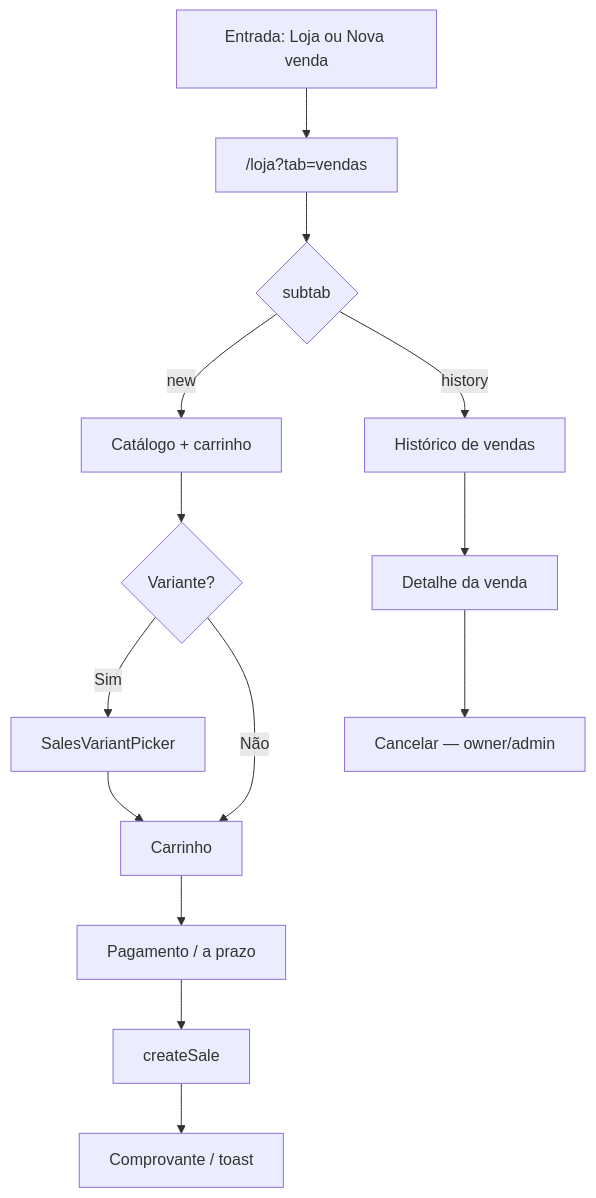
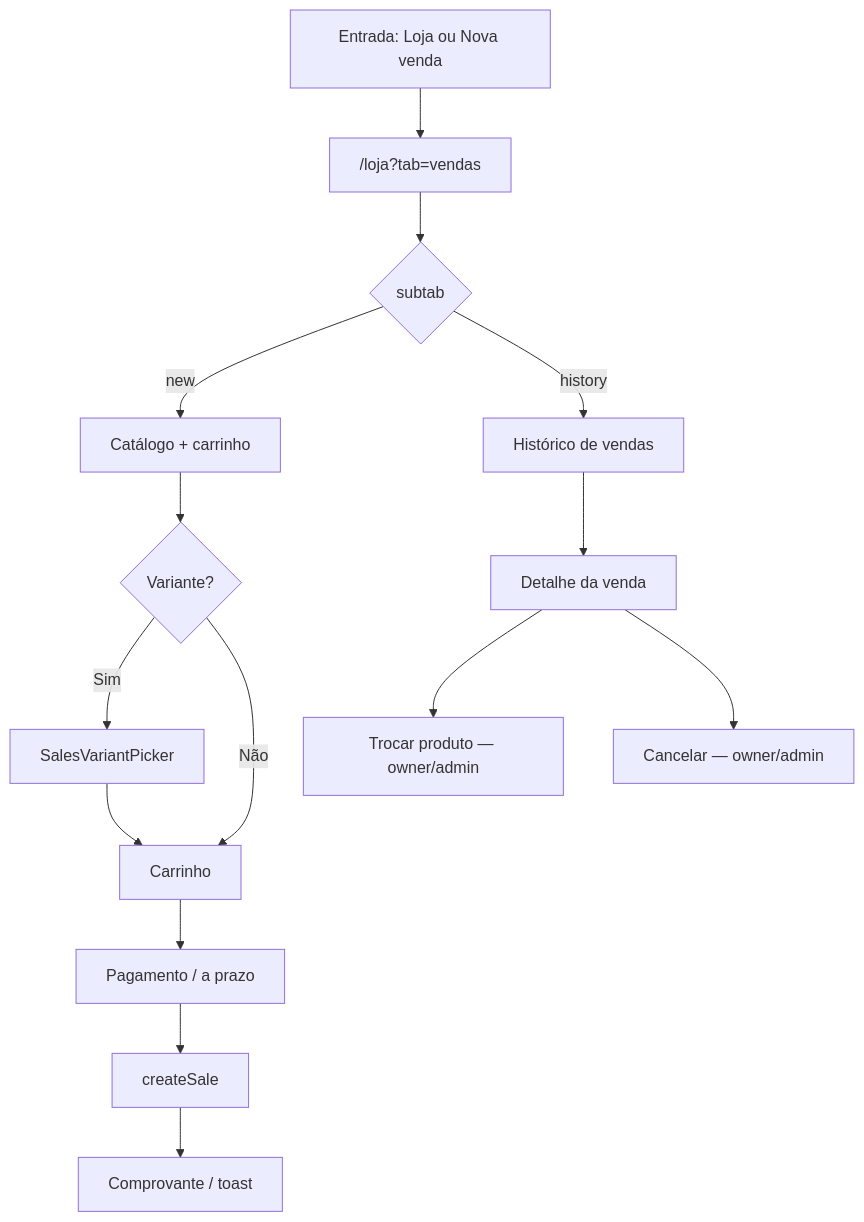
The diagram in docs/flows/vendas/pdv-nova-venda.md (brunaamaralp/bjj), drawn with Mermaid before and after one commit. The commit also changed other lines of this file and 9 other files, not shown here.

````diff
--- a/docs/flows/vendas/pdv-nova-venda.md
+++ b/docs/flows/vendas/pdv-nova-venda.md
@@ -32,16 +32,17 @@
 ```mermaid
 flowchart TD
   entry[Entrada: Loja ou Nova venda] --> hub["/loja?tab=vendas"]
   hub --> sub{subtab}
   sub -->|new| catalog[Catálogo + carrinho]
   sub -->|history| hist[Histórico de vendas]
   catalog --> variant{Variante?}
   variant -->|Sim| picker[SalesVariantPicker]
   variant -->|Não| cart[Carrinho]
   picker --> cart
   cart --> pay[Pagamento / a prazo]
   pay --> submit[createSale]
   submit --> receipt[Comprovante / toast]
   hist --> detail[Detalhe da venda]
+  detail --> edit[Trocar produto — owner/admin]
   detail --> cancel[Cancelar — owner/admin]
 ```
````
